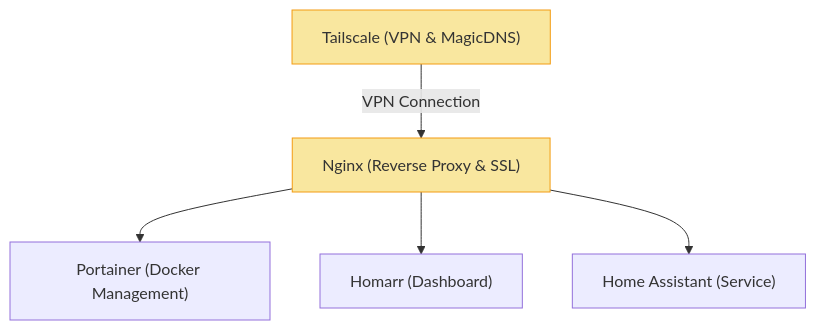
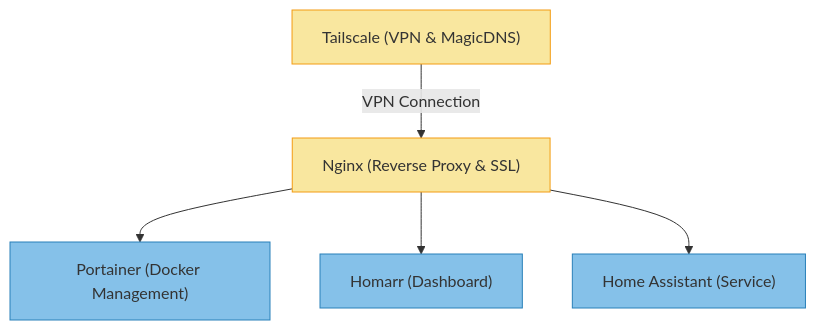
Before and after one commit to andresllinasr/devops: the second of 2 diagrams in README.md, drawn with Mermaid. The commit also changed other lines of this file, not shown here.

Commit message:
Update README.md
Remove links in architecture diagrams

````diff
--- a/README.md
+++ b/README.md
@@ -63,23 +57,21 @@
 ```mermaid
 graph TD
   Nginx["Nginx (Reverse Proxy & SSL)"]
   Tailscale["Tailscale (VPN & MagicDNS)"]
   Portainer["Portainer (Docker Management)"]
   Homarr["Homarr (Dashboard)"]
   HAService["Home Assistant (Service)"]
-  
+
   Tailscale -->|VPN Connection| Nginx
   Nginx --> Portainer
   Nginx --> Homarr
   Nginx --> HAService
 
+  classDef green fill:#a9dfbf,stroke:#27ae60;
+  classDef blue fill:#85c1e9,stroke:#2980b9;
   classDef orange fill:#f9e79f,stroke:#f39c12;
-  
-  class Nginx,Tailscale orange;
 
-  click Nginx href "https://example.com/nginx-configuration" "Nginx Configuration - Reverse Proxy & SSL"
-  click Tailscale href "https://example.com/tailscale-setup" "Tailscale Configuration - VPN & MagicDNS"
-  click Portainer href "https://example.com/portainer-setup" "Portainer Setup - Docker Management"
-  click Homarr href "https://example.com/homarr-setup" "Homarr Setup - Dashboard"
-  click HAService href "https://example.com/home-assistant-service" "Home Assistant Service"
+  class Nginx,Portainer,Homarr,HAService blue;
+  class Tailscale orange;
+  class Nginx orange;
 ```
````
